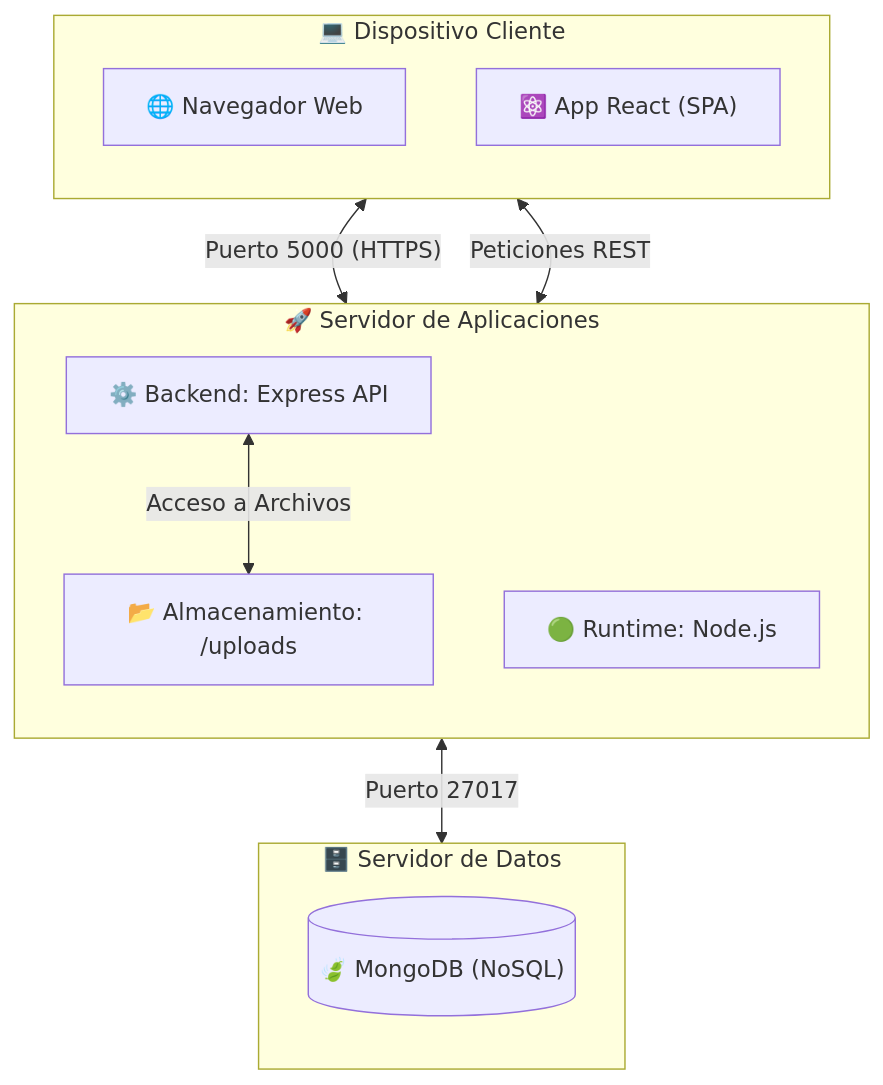
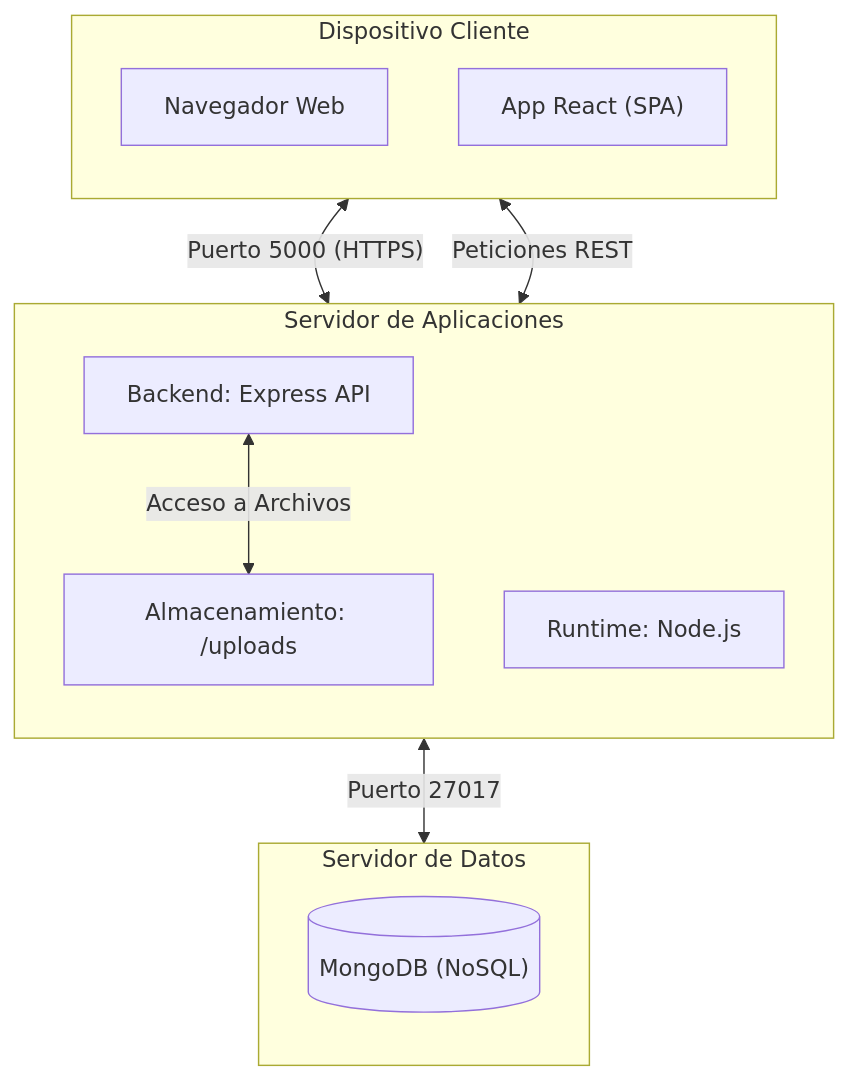
One commit to GRAN-J/Sistema-de-Gestion-de-Portafolios-Academicos-SGP- changed the sixth of 6 diagrams in docs/DIAGRAMAS_DEL_SISTEMA.md. Above: the diagram before and after it, drawn with Mermaid.

Commit message:
Cambiando emojis por claridad y estética de los diagramas

````diff
--- a/docs/DIAGRAMAS_DEL_SISTEMA.md
+++ b/docs/DIAGRAMAS_DEL_SISTEMA.md
@@ -216,28 +216,28 @@
 ```mermaid
 graph TD
     %% Definición de Nodos
-    subgraph Cliente ["💻 Dispositivo Cliente"]
+    subgraph Cliente ["Dispositivo Cliente"]
         direction TB
-        Browser["🌐 Navegador Web"]
-        ReactApp["⚛️ App React (SPA)"]
+        Browser["Navegador Web"]
+        ReactApp["App React (SPA)"]
     end
 
-    subgraph AppServer ["🚀 Servidor de Aplicaciones"]
+    subgraph AppServer ["Servidor de Aplicaciones"]
         direction TB
-        API["⚙️ Backend: Express API"]
-        NodeJS["🟢 Runtime: Node.js"]
-        Uploads["📂 Almacenamiento: /uploads"]
+        API["Backend: Express API"]
+        NodeJS["Runtime: Node.js"]
+        Uploads["Almacenamiento: /uploads"]
     end
 
-    subgraph DBServer ["🗄️ Servidor de Datos"]
+    subgraph DBServer ["Servidor de Datos"]
         direction TB
-        DB[("🍃 MongoDB (NoSQL)")]
+        DB[("MongoDB (NoSQL)")]
     end
 
     %% Conexiones
     Browser <-->|"Puerto 5000 (HTTPS)"| API
     ReactApp <-->|"Peticiones REST"| API
     
     API <-->|"Puerto 27017"| DB
     API <-->|"Acceso a Archivos"| Uploads
 ```
````
